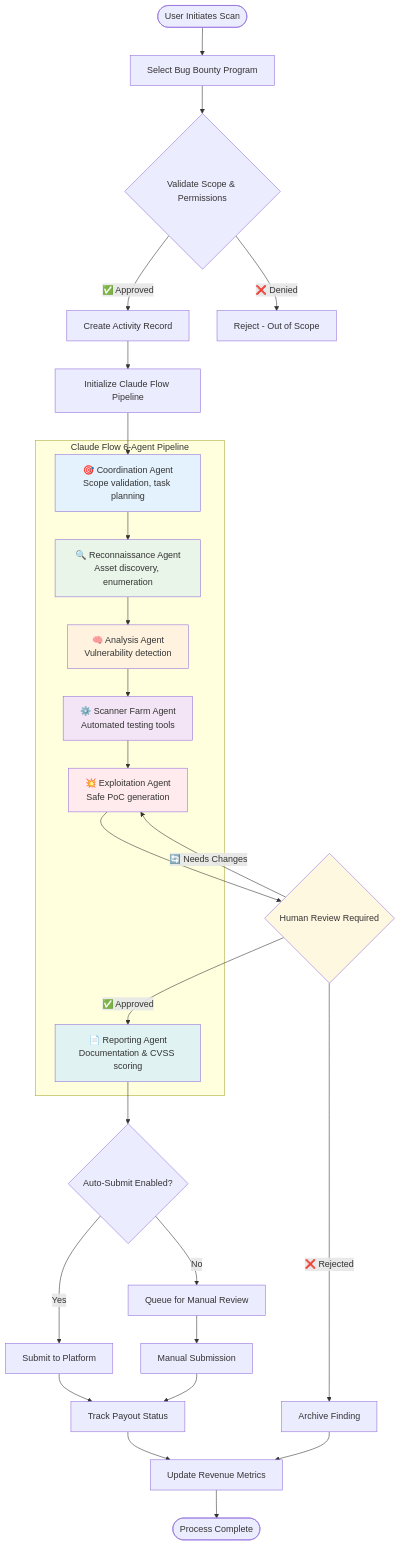
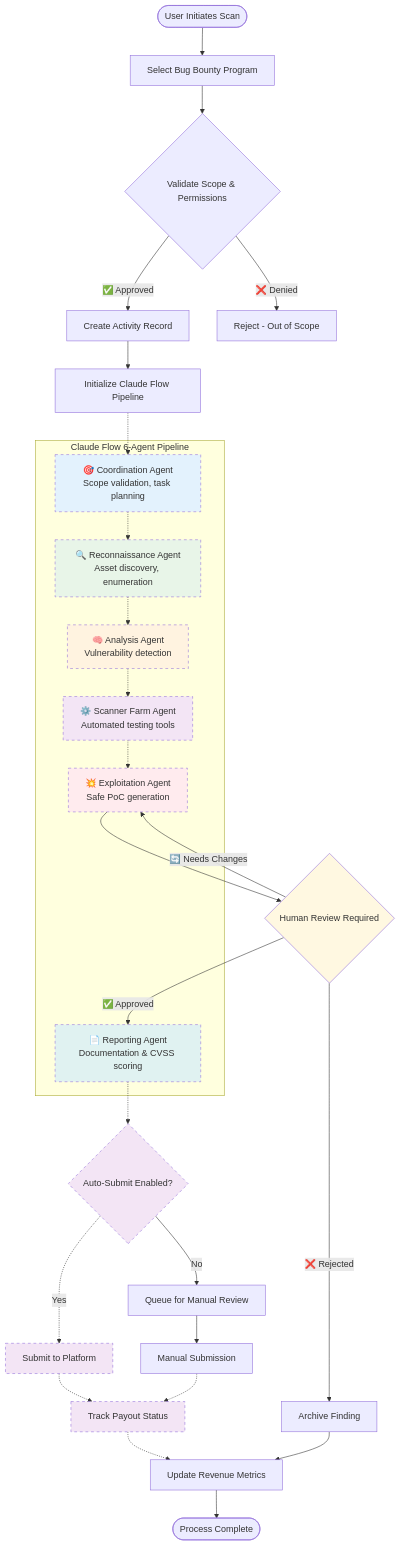
Before and after one commit to michaeloboyle/bug-bounty-hunter: the second of 8 diagrams in ARCHITECTURE.md, drawn with Mermaid. The commit also changed other lines of this file and 1 other file, not shown here.

First line of the commit message:
Update architecture diagrams with implementation status

````diff
--- a/ARCHITECTURE.md
+++ b/ARCHITECTURE.md
@@ -67,50 +73,53 @@
 ```mermaid
 flowchart TD
     Start([User Initiates Scan]) --> ProgramSelect[Select Bug Bounty Program]
     ProgramSelect --> ValidateScope{Validate Scope & Permissions}
     
     ValidateScope -->|✅ Approved| CreateActivity[Create Activity Record]
     ValidateScope -->|❌ Denied| Reject[Reject - Out of Scope]
     
     CreateActivity --> InitFlow[Initialize Claude Flow Pipeline]
     
     subgraph "Claude Flow 6-Agent Pipeline"
         Coordination[🎯 Coordination Agent<br/>Scope validation, task planning]
         Recon[🔍 Reconnaissance Agent<br/>Asset discovery, enumeration]
         Analysis[🧠 Analysis Agent<br/>Vulnerability detection]
         ScannerFarm[⚙️ Scanner Farm Agent<br/>Automated testing tools]
         Exploitation[💥 Exploitation Agent<br/>Safe PoC generation]
         Reporting[📄 Reporting Agent<br/>Documentation & CVSS scoring]
     end
     
-    InitFlow --> Coordination
-    Coordination --> Recon
-    Recon --> Analysis
-    Analysis --> ScannerFarm
-    ScannerFarm --> Exploitation
+    InitFlow -.-> Coordination
+    Coordination -.-> Recon
+    Recon -.-> Analysis
+    Analysis -.-> ScannerFarm
+    ScannerFarm -.-> Exploitation
     Exploitation --> HumanGate{Human Review Required}
     
     HumanGate -->|✅ Approved| Reporting
     HumanGate -->|❌ Rejected| Archive[Archive Finding]
     HumanGate -->|🔄 Needs Changes| Exploitation
     
-    Reporting --> AutoSubmit{Auto-Submit Enabled?}
-    AutoSubmit -->|Yes| SubmitPlatform[Submit to Platform]
+    Reporting -.-> AutoSubmit{Auto-Submit Enabled?}
+    AutoSubmit -.->|Yes| SubmitPlatform[Submit to Platform]
     AutoSubmit -->|No| QueueReview[Queue for Manual Review]
     
-    SubmitPlatform --> TrackPayout[Track Payout Status]
+    SubmitPlatform -.-> TrackPayout[Track Payout Status]
     QueueReview --> ManualSubmit[Manual Submission]
-    ManualSubmit --> TrackPayout
+    ManualSubmit -.-> TrackPayout
     
-    TrackPayout --> UpdateMetrics[Update Revenue Metrics]
+    TrackPayout -.-> UpdateMetrics[Update Revenue Metrics]
     Archive --> UpdateMetrics
     UpdateMetrics --> End([Process Complete])
     
-    style Coordination fill:#e3f2fd
-    style Recon fill:#e8f5e8
-    style Analysis fill:#fff3e0
-    style ScannerFarm fill:#f3e5f5
-    style Exploitation fill:#ffebee
-    style Reporting fill:#e0f2f1
+    style Coordination fill:#e3f2fd,stroke-dasharray: 5 5
+    style Recon fill:#e8f5e8,stroke-dasharray: 5 5
+    style Analysis fill:#fff3e0,stroke-dasharray: 5 5
+    style ScannerFarm fill:#f3e5f5,stroke-dasharray: 5 5
+    style Exploitation fill:#ffebee,stroke-dasharray: 5 5
+    style Reporting fill:#e0f2f1,stroke-dasharray: 5 5
     style HumanGate fill:#fff8e1
+    style AutoSubmit fill:#f3e5f5,stroke-dasharray: 5 5
+    style SubmitPlatform fill:#f3e5f5,stroke-dasharray: 5 5
+    style TrackPayout fill:#f3e5f5,stroke-dasharray: 5 5
 ```
````
